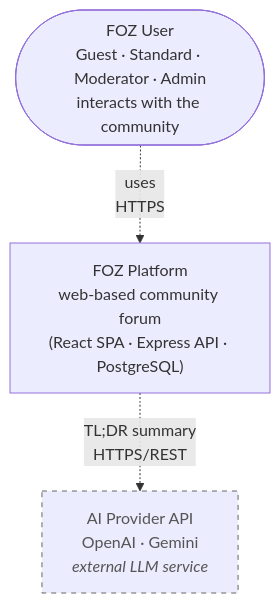
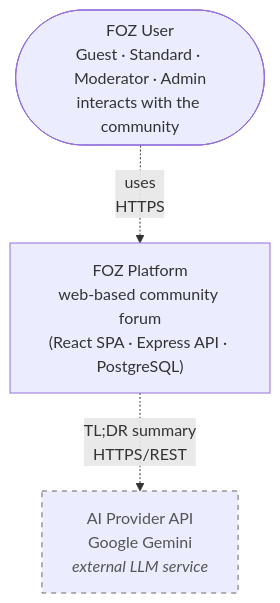
One commit to anvn12/FOZ changed the first of 5 diagrams in docs/01 - PA/PA4-Group06/PA4.md. Above: the diagram before and after it, drawn with Mermaid. The commit also changed other lines of this file, not shown here.

````diff
--- a/docs/01 - PA/PA4-Group06/PA4.md
+++ b/docs/01 - PA/PA4-Group06/PA4.md
@@ -84,12 +84,12 @@
 ```mermaid
 flowchart TD
     User(["FOZ User<br/>Guest · Standard · Moderator · Admin<br/>interacts with the community"])
     FOZ["FOZ Platform<br/>web-based community forum<br/>(React SPA · Express API · PostgreSQL)"]
-    AI["AI Provider API<br/>OpenAI · Gemini<br/><i>external LLM service</i>"]
+    AI["AI Provider API<br/>Google Gemini<br/><i>external LLM service</i>"]
 
     User -. "uses<br/>HTTPS" .-> FOZ
     FOZ -. "TL;DR summary<br/>HTTPS/REST" .-> AI
 
     classDef external stroke:#666,stroke-dasharray:5 5,color:#555
     class AI external
 ```
````
